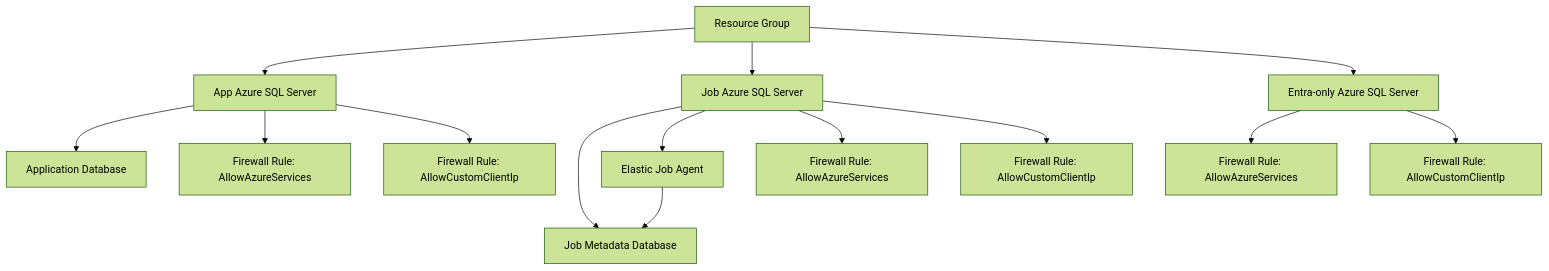
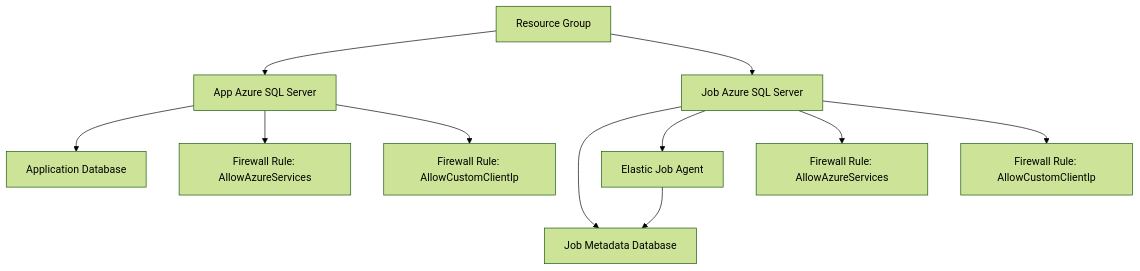
The diagram in README.md (mhaywardhill/azure-elastic-jobs-agent), drawn with Mermaid (forest theme) before and after one commit. The commit also changed other lines of this file and 3 other files, not shown here.

Commit message:
Use only app and job SQL servers with Entra auth

````diff
--- a/README.md
+++ b/README.md
@@ -19,17 +18,14 @@
 ```mermaid
 flowchart TD
   RG[Resource Group] --> APP_SQL[App Azure SQL Server]
   RG --> JOB_SQL[Job Azure SQL Server]
-  RG --> ENTRA_SQL[Entra-only Azure SQL Server]
   APP_SQL --> APPDB[Application Database]
   JOB_SQL --> JOBDB[Job Metadata Database]
   JOB_SQL --> AGENT[Elastic Job Agent]
     AGENT --> JOBDB
 
   APP_SQL --> APP_FW1[Firewall Rule: AllowAzureServices]
   APP_SQL --> APP_FW2[Firewall Rule: AllowCustomClientIp]
   JOB_SQL --> JOB_FW1[Firewall Rule: AllowAzureServices]
   JOB_SQL --> JOB_FW2[Firewall Rule: AllowCustomClientIp]
-  ENTRA_SQL --> ENTRA_FW1[Firewall Rule: AllowAzureServices]
-  ENTRA_SQL --> ENTRA_FW2[Firewall Rule: AllowCustomClientIp]
 ```
````
